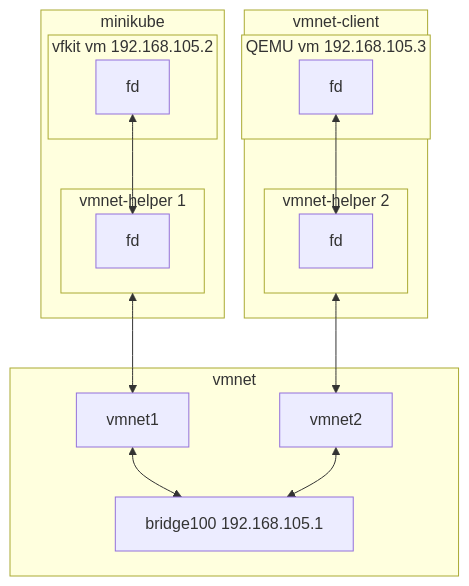
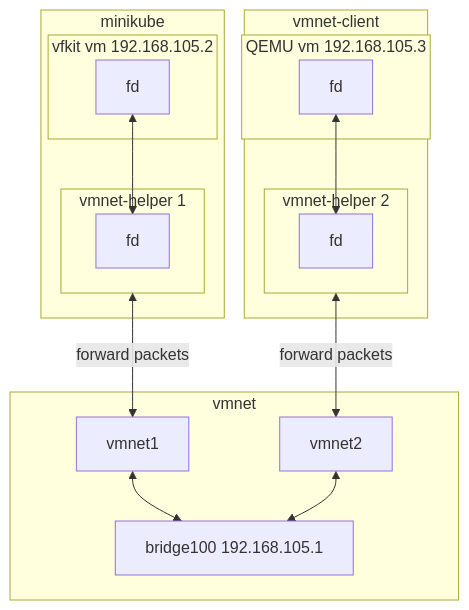
One commit to nirs/vmnet-helper changed the second of 3 diagrams in docs/architecture.md. Above: the diagram before and after it, drawn with Mermaid. The commit also changed other lines of this file, not shown here.

First line of the commit message:
docs: fix vmnet diagram and add labels to packet forwarding links

````diff
--- a/docs/architecture.md
+++ b/docs/architecture.md
@@ -90,36 +84,36 @@
 ```mermaid
 flowchart TB
   subgraph minikube
     subgraph vm1["vfkit vm 192.168.105.2"]
       fd1["fd"]
     end
     subgraph helper1["vmnet-helper 1"]
       fd2["fd"]
     end
 
     fd1 <--> fd2
   end
 
   subgraph vmnet-client
     subgraph vm2["QEMU vm 192.168.105.3"]
       fd3["fd"]
     end
     subgraph helper2["vmnet-helper 2"]
       fd4["fd"]
     end
 
     fd3 <--> fd4
   end
 
   subgraph vmnet
     vmnet1
     vmnet2
     bridge["bridge100 192.168.105.1"]
 
     vmnet1 <--> bridge
     vmnet2 <--> bridge
   end
 
-  helper1 <--> vmnet1
-  helper2 <--> vmnet2
+  helper1 <-->|"forward packets"| vmnet1
+  helper2 <-->|"forward packets"| vmnet2
 ```
````
